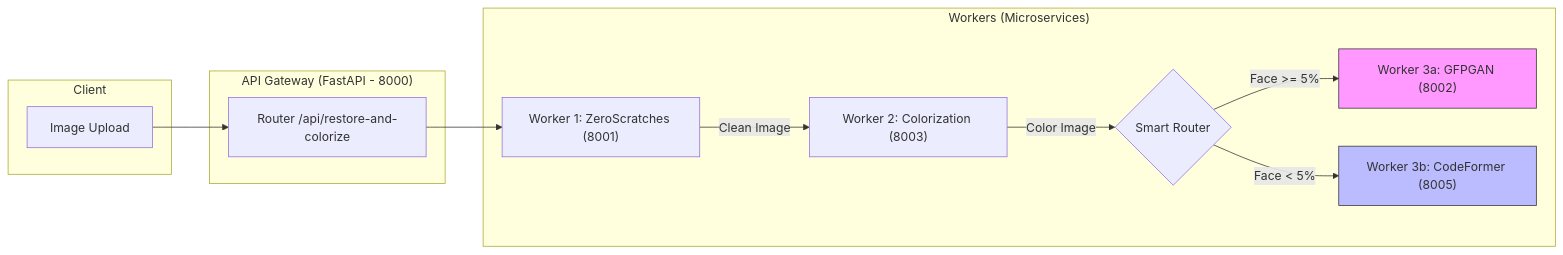
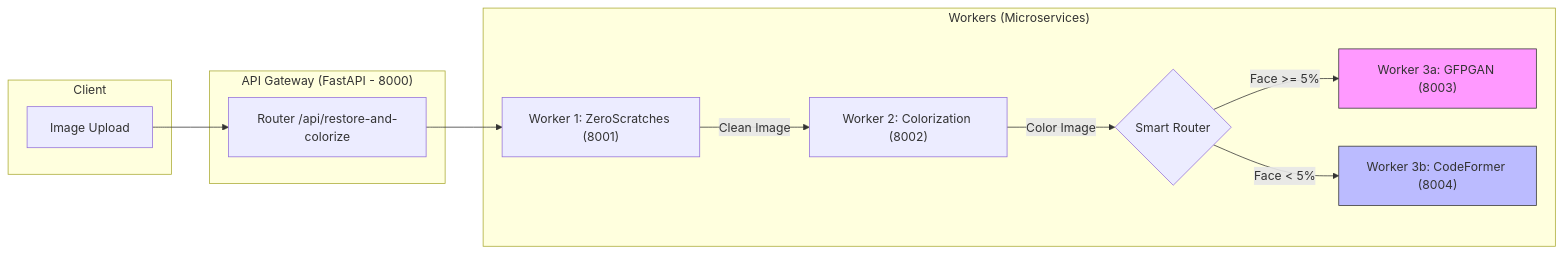
One commit to nguyenvphihung/photo-restoration-api changed the diagram in README.md. Above: the diagram before and after it, drawn with Mermaid. The commit also changed other lines of this file and 6 other files, not shown here.

````diff
--- a/README.md
+++ b/README.md
@@ -16,28 +16,28 @@
 ```mermaid
 graph LR
     subgraph "Client"
         A[Image Upload]
     end
 
     subgraph "API Gateway (FastAPI - 8000)"
         B[Router /api/restore-and-colorize]
     end
 
     subgraph "Workers (Microservices)"
         C["Worker 1: ZeroScratches (8001)"]
-        D["Worker 2: Colorization (8003)"]
+        D["Worker 2: Colorization (8002)"]
         E{Smart Router}
-        F["Worker 3a: GFPGAN (8002)"]
-        G["Worker 3b: CodeFormer (8005)"]
+        F["Worker 3a: GFPGAN (8003)"]
+        G["Worker 3b: CodeFormer (8004)"]
     end
 
     A --> B
     B --> C
     C -- "Clean Image" --> D
     D -- "Color Image" --> E
     E -- "Face >= 5%" --> F
     E -- "Face < 5%" --> G
 
     style F fill:#f9f,stroke:#333
     style G fill:#bbf,stroke:#333
 ```
````
